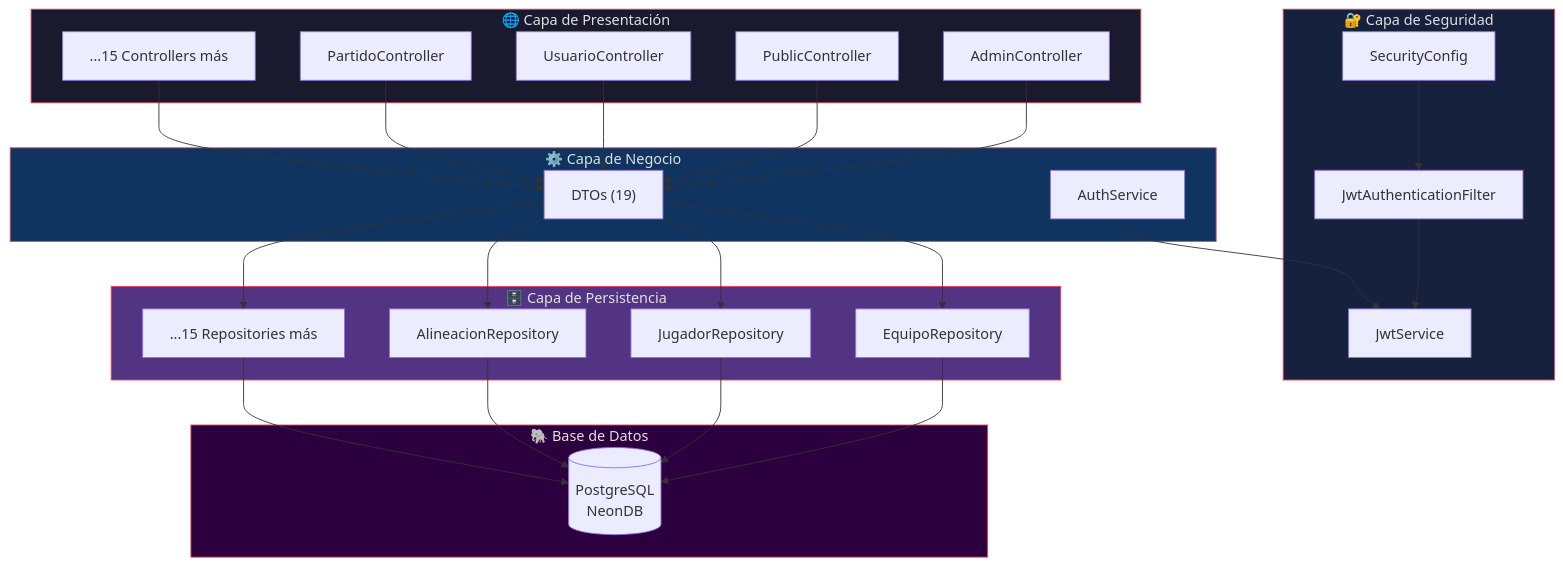
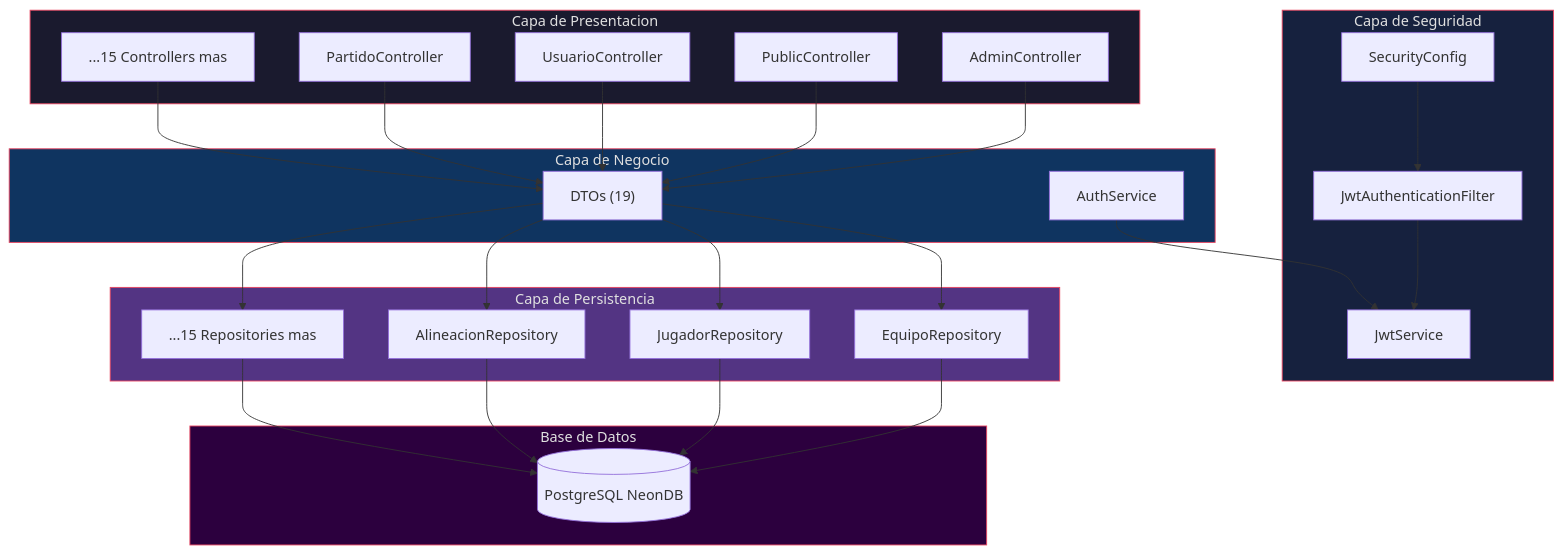
The diagram in docs/backend/BACKEND.md (Sestmar/TFG-SergioEstudillo), drawn with Mermaid before and after one commit. The commit also changed other lines of this file and 8 other files, not shown here.

````diff
--- a/docs/backend/BACKEND.md
+++ b/docs/backend/BACKEND.md
@@ -27,45 +27,45 @@
 ```mermaid
 graph TB
-    subgraph Presentación["🌐 Capa de Presentación"]
+    subgraph Presentacion["Capa de Presentacion"]
         C1["AdminController"]
         C2["PublicController"]
         C3["UsuarioController"]
         C4["PartidoController"]
-        C5["...15 Controllers más"]
+        C5["...15 Controllers mas"]
     end
 
-    subgraph Seguridad["🔐 Capa de Seguridad"]
+    subgraph Seguridad["Capa de Seguridad"]
         SF["JwtAuthenticationFilter"]
         JS["JwtService"]
         SC["SecurityConfig"]
     end
 
-    subgraph Negocio["⚙️ Capa de Negocio"]
+    subgraph Negocio["Capa de Negocio"]
         AS["AuthService"]
         DTO["DTOs (19)"]
     end
 
-    subgraph Persistencia["🗄️ Capa de Persistencia"]
+    subgraph Persistencia["Capa de Persistencia"]
         R1["EquipoRepository"]
         R2["JugadorRepository"]
         R3["AlineacionRepository"]
-        R4["...15 Repositories más"]
+        R4["...15 Repositories mas"]
     end
 
-    subgraph BD["🐘 Base de Datos"]
-        PG[("PostgreSQL<br/>NeonDB")]
+    subgraph BD["Base de Datos"]
+        PG[("PostgreSQL NeonDB")]
     end
 
     C1 & C2 & C3 & C4 & C5 --> DTO
     SF --> JS
     SC --> SF
     DTO --> R1 & R2 & R3 & R4
     R1 & R2 & R3 & R4 --> PG
     AS --> JS
 
-    style Presentación fill:#1a1a2e,stroke:#e94560,color:#e0e0e0
+    style Presentacion fill:#1a1a2e,stroke:#e94560,color:#e0e0e0
     style Seguridad fill:#16213e,stroke:#e94560,color:#e0e0e0
     style Negocio fill:#0f3460,stroke:#e94560,color:#e0e0e0
     style Persistencia fill:#533483,stroke:#e94560,color:#e0e0e0
     style BD fill:#2c003e,stroke:#e94560,color:#e0e0e0
 ```
````
